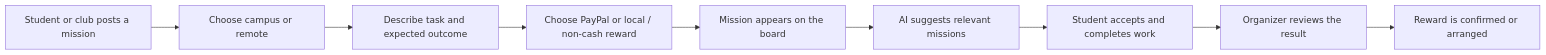
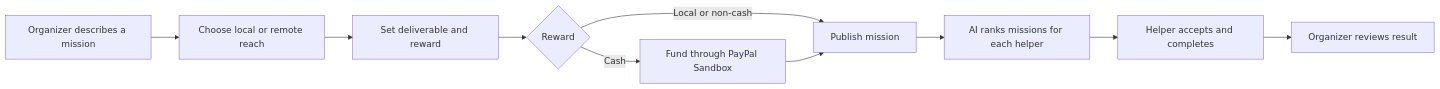
The diagram in PROJECT_OVERVIEW.md (prgsuleiman/mission-360), drawn with Mermaid before and after one commit. The commit also changed other lines of this file and 8 other files, not shown here.

Commit message:
Broaden Mission 360 for community missions

````diff
--- a/PROJECT_OVERVIEW.md
+++ b/PROJECT_OVERVIEW.md
@@ -20,11 +11,12 @@
 ```mermaid
 flowchart LR
-    A[Student or club posts a mission] --> B[Choose campus or remote]
-    B --> C[Describe task and expected outcome]
-    C --> D[Choose PayPal or local / non-cash reward]
-    D --> E[Mission appears on the board]
-    E --> F[AI suggests relevant missions]
-    F --> G[Student accepts and completes work]
-    G --> H[Organizer reviews the result]
-    H --> I[Reward is confirmed or arranged]
+  A[Organizer describes a mission] --> B[Choose local or remote reach]
+  B --> C[Set deliverable and reward]
+  C --> D{Reward}
+  D -->|Cash| E[Fund through PayPal Sandbox]
+  D -->|Local or non-cash| F[Publish mission]
+  E --> F
+  F --> G[AI ranks missions for each helper]
+  G --> H[Helper accepts and completes]
+  H --> I[Organizer reviews result]
 ```
````
